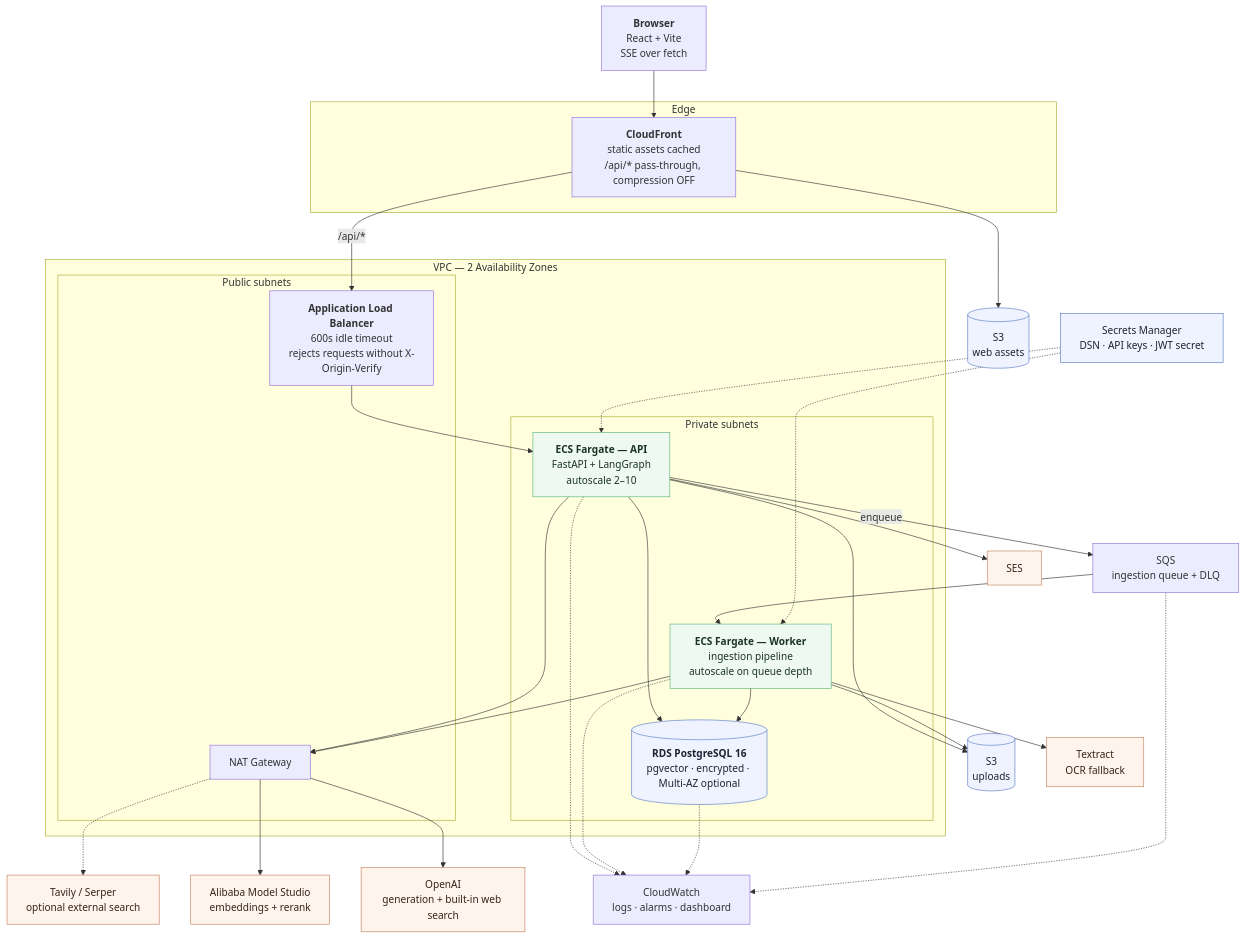
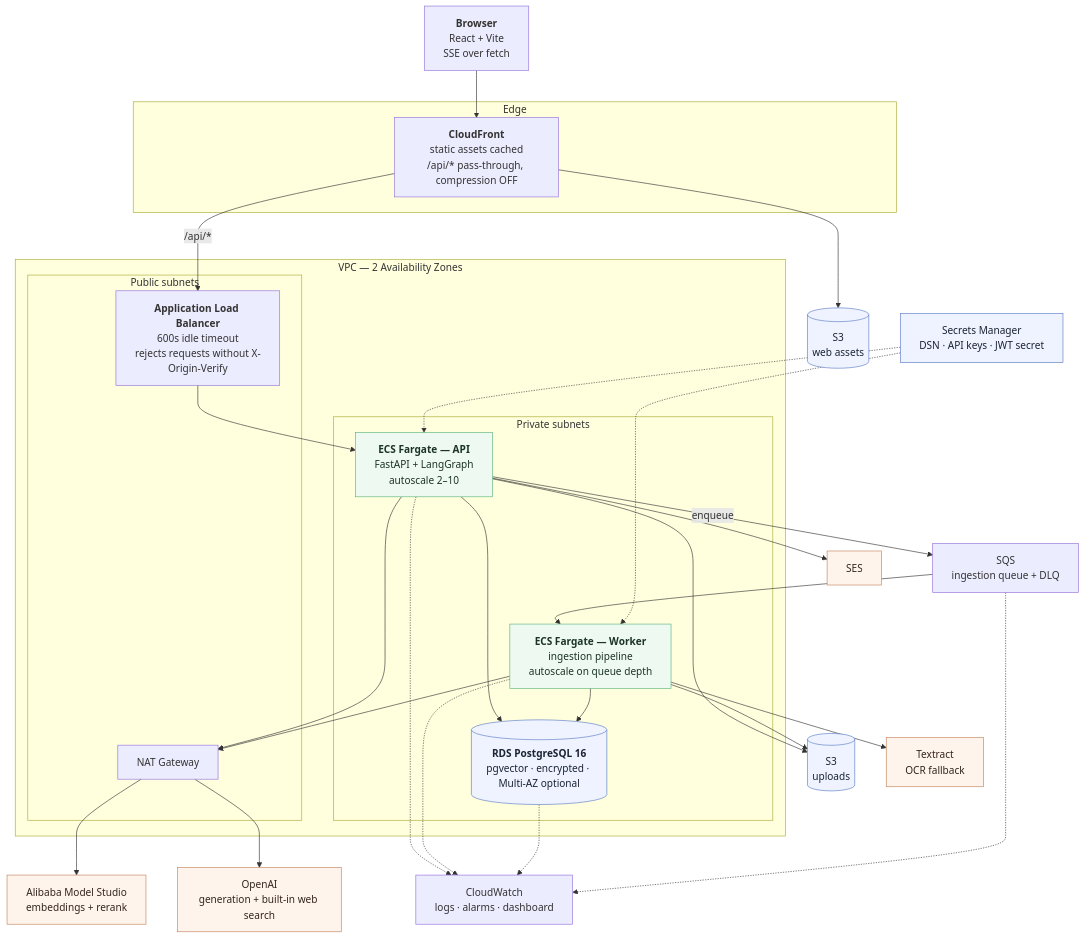
The first of 9 diagrams in README.md (ahmedselimmansor-ctrl/Agentic-Rag-on-AWS), drawn with Mermaid before and after one commit.

Commit message:
Drop the Tavily/Serper node from the system architecture diagram
Web search is the generation model's own, so the external provider was noise in
the top-level topology. Removed the node, its edge from the NAT gateway, and
its classDef reference — a stale class target would leave a dangling style.

Tavily/Serper remain documented where they are actually a decision: the
native-vs-external comparison and the configuration table.

````diff
--- a/README.md
+++ b/README.md
@@ -42,67 +42,65 @@
 ```mermaid
 flowchart TB
     browser["<b>Browser</b><br/>React + Vite<br/>SSE over fetch"]
 
     subgraph edge["Edge"]
         cf["<b>CloudFront</b><br/>static assets cached<br/>/api/* pass-through, compression OFF"]
     end
 
     subgraph vpc["VPC — 2 Availability Zones"]
         subgraph pub["Public subnets"]
             alb["<b>Application Load Balancer</b><br/>600s idle timeout<br/>rejects requests without X-Origin-Verify"]
             nat["NAT Gateway"]
         end
 
         subgraph priv["Private subnets"]
             api["<b>ECS Fargate — API</b><br/>FastAPI + LangGraph<br/>autoscale 2–10"]
             worker["<b>ECS Fargate — Worker</b><br/>ingestion pipeline<br/>autoscale on queue depth"]
             db[("<b>RDS PostgreSQL 16</b><br/>pgvector · encrypted · Multi-AZ optional")]
         end
     end
 
     s3web[("S3<br/>web assets")]
     s3up[("S3<br/>uploads")]
     sqs["SQS<br/>ingestion queue + DLQ"]
     secrets["Secrets Manager<br/>DSN · API keys · JWT secret"]
     ses["SES"]
     textract["Textract<br/>OCR fallback"]
     cw["CloudWatch<br/>logs · alarms · dashboard"]
 
     openai["OpenAI<br/>generation + built-in web search"]
     dashscope["Alibaba Model Studio<br/>embeddings + rerank"]
-    tavily["Tavily / Serper<br/>optional external search"]
 
     browser --> cf
     cf --> s3web
     cf -- "/api/*" --> alb
     alb --> api
 
     api --> db
     api -- "enqueue" --> sqs
     api --> s3up
     api --> ses
     sqs --> worker
     worker --> db
     worker --> s3up
     worker --> textract
 
     api --> nat
     worker --> nat
     nat --> openai
     nat --> dashscope
-    nat -.-> tavily
 
     secrets -.-> api
     secrets -.-> worker
     api -.-> cw
     worker -.-> cw
     db -.-> cw
     sqs -.-> cw
 
     classDef store fill:#eef3ff,stroke:#5b7cc4,color:#1c2333
     classDef ext fill:#fff4ec,stroke:#c4825b,color:#33251c
     classDef compute fill:#eefaf1,stroke:#5bb37c,color:#1c3325
     class s3web,s3up,db,secrets store
-    class openai,dashscope,tavily,ses,textract ext
+    class openai,dashscope,ses,textract ext
     class api,worker compute
 ```
````
